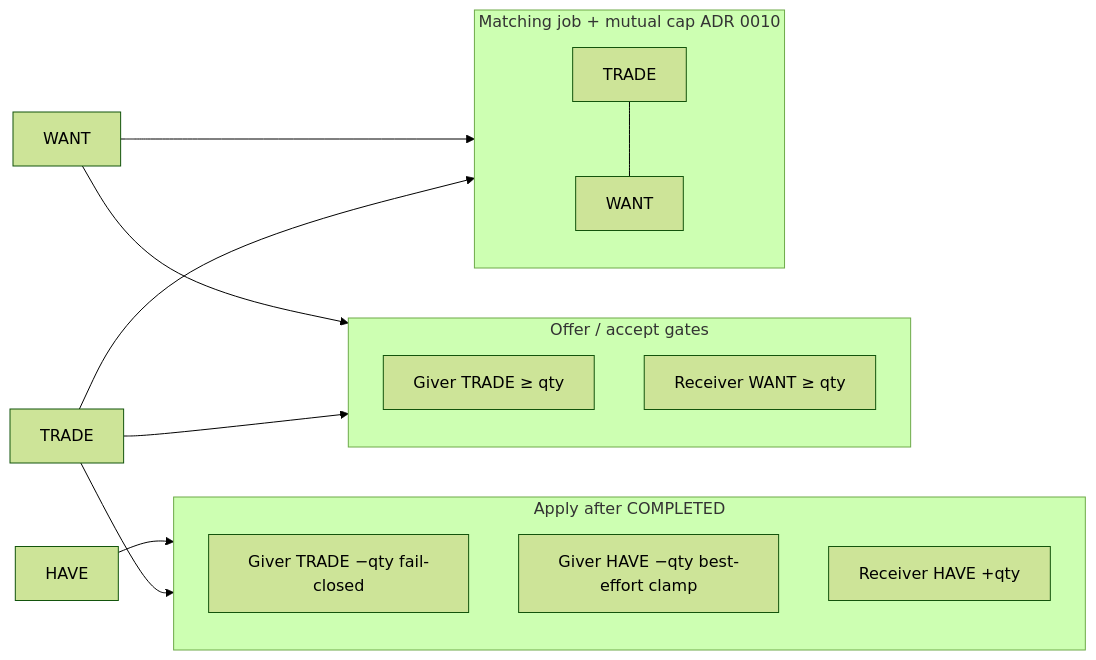
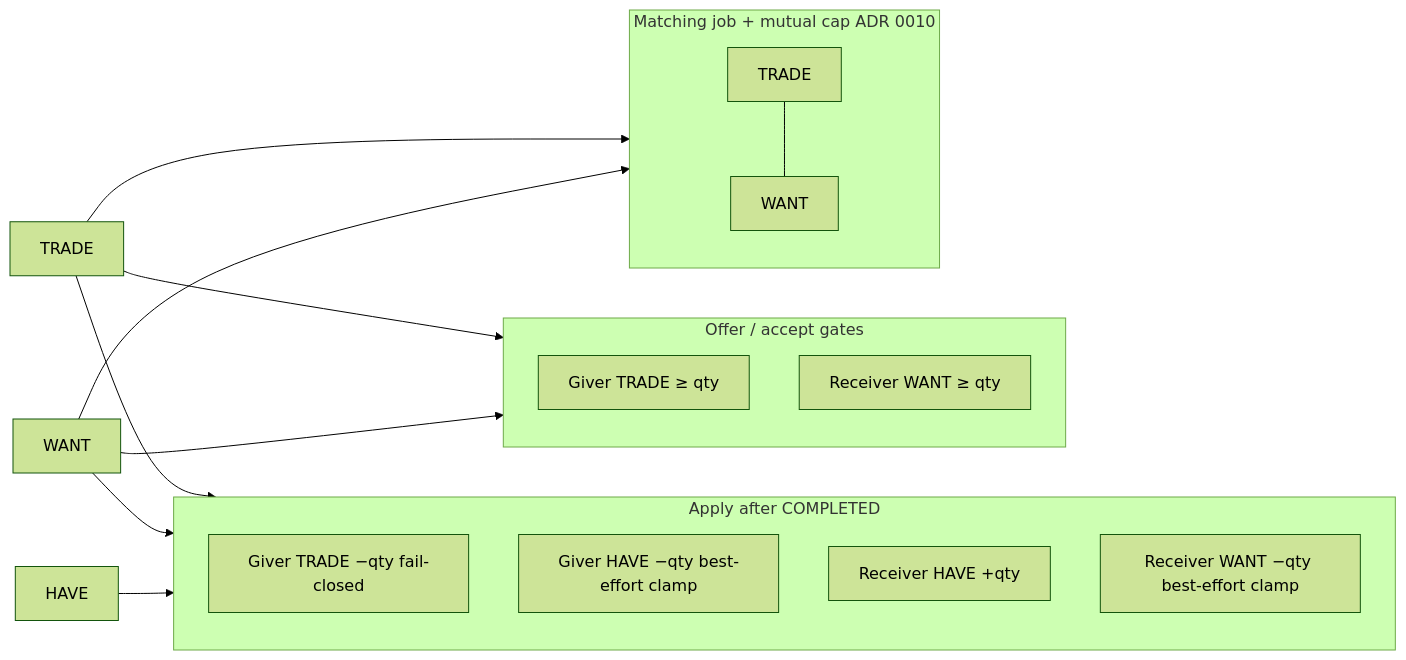
One commit to menonu/ymatch changed the fifth of 6 diagrams in docs/explanation/architecture/06-runtime.md. Above: the diagram before and after it, drawn with Mermaid (forest theme). The commit also changed other lines of this file and 16 other files, not shown here.

First line of the commit message:
fix(trade): decrement receiver WANT on apply-inventory (#579)

````diff
--- a/docs/explanation/architecture/06-runtime.md
+++ b/docs/explanation/architecture/06-runtime.md
@@ -168,21 +169,23 @@
 ```mermaid
 flowchart LR
   subgraph matching [Matching job + mutual cap ADR 0010]
     T1[TRADE] --- W1[WANT]
   end
   subgraph negotiate [Offer / accept gates]
     T2[Giver TRADE ≥ qty]
     W2[Receiver WANT ≥ qty]
   end
   subgraph apply [Apply after COMPLETED]
     T3[Giver TRADE −qty fail-closed]
     H1[Giver HAVE −qty best-effort clamp]
     H2[Receiver HAVE +qty]
+    W3[Receiver WANT −qty best-effort clamp]
   end
   TRADE --> matching
   WANT --> matching
   TRADE --> negotiate
   WANT --> negotiate
   TRADE --> apply
+  WANT --> apply
   HAVE --> apply
 ```
````
